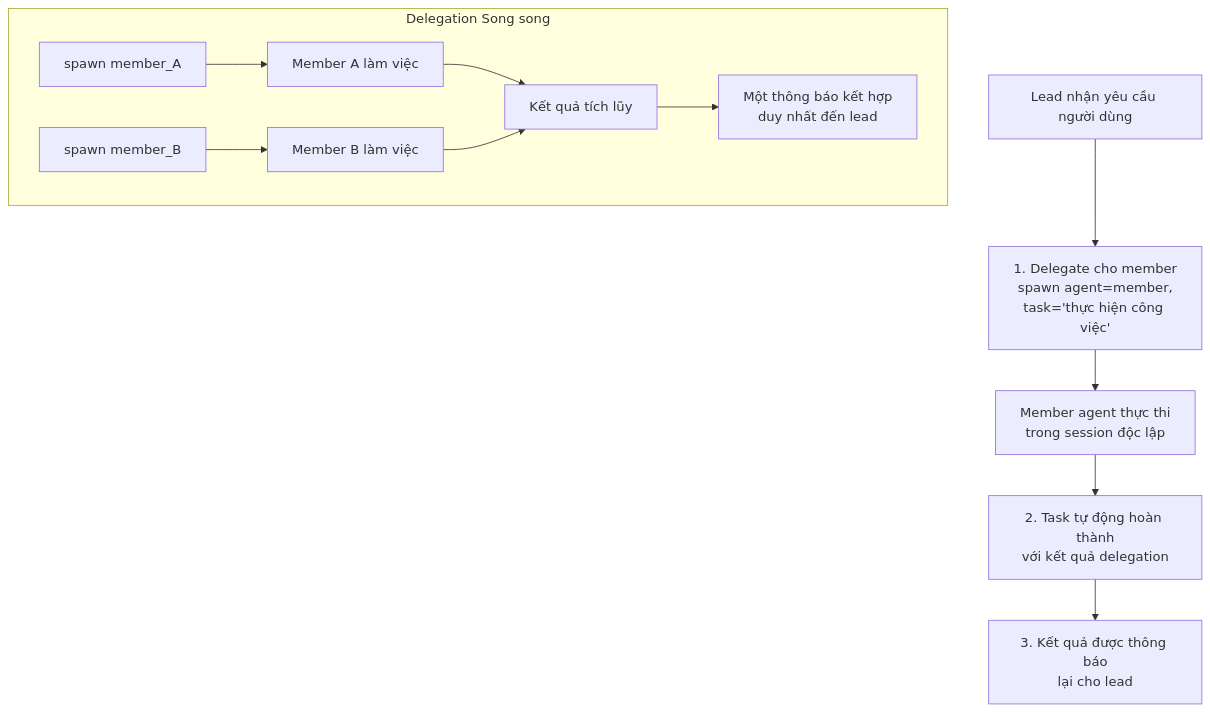
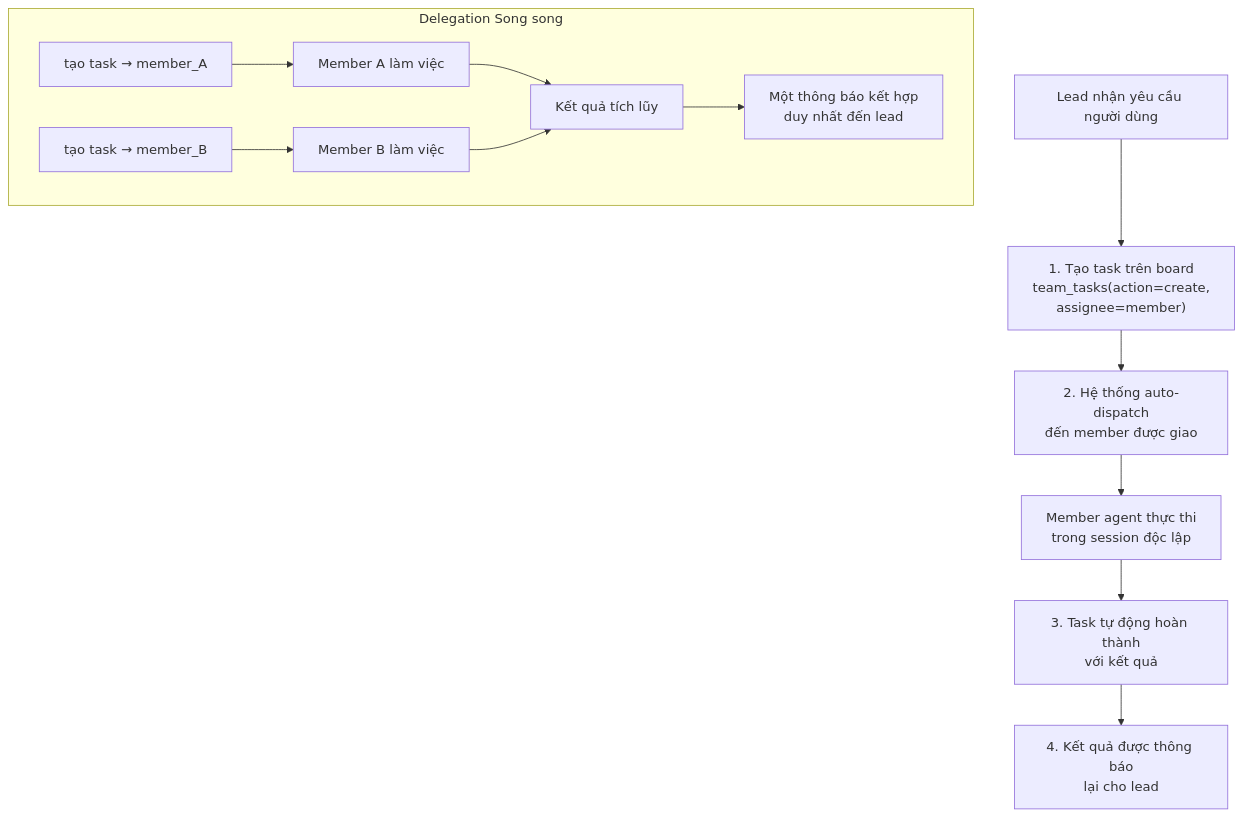
Before and after one commit to nextlevelbuilder/goclaw-docs: the diagram in vi/agent-teams/delegation-and-handoff.md, drawn with Mermaid. The commit also changed other lines of this file and 11 other files, not shown here.

````diff
--- a/vi/agent-teams/delegation-and-handoff.md
+++ b/vi/agent-teams/delegation-and-handoff.md
@@ -9,15 +11,16 @@
 ```mermaid
 flowchart TD
-    LEAD["Lead nhận yêu cầu người dùng"] --> DELEGATE["1. Delegate cho member<br/>spawn agent=member,<br/>task='thực hiện công việc'"]
-    DELEGATE --> MEMBER["Member agent thực thi<br/>trong session độc lập"]
-    MEMBER --> COMPLETE["2. Task tự động hoàn thành<br/>với kết quả delegation"]
-    COMPLETE --> ANNOUNCE["3. Kết quả được thông báo<br/>lại cho lead"]
+    LEAD["Lead nhận yêu cầu người dùng"] --> CREATE["1. Tạo task trên board<br/>team_tasks(action=create,<br/>assignee=member)"]
+    CREATE --> DISPATCH["2. Hệ thống auto-dispatch<br/>đến member được giao"]
+    DISPATCH --> MEMBER["Member agent thực thi<br/>trong session độc lập"]
+    MEMBER --> COMPLETE["3. Task tự động hoàn thành<br/>với kết quả"]
+    COMPLETE --> ANNOUNCE["4. Kết quả được thông báo<br/>lại cho lead"]
 
     subgraph "Delegation Song song"
-        DELEGATE2["spawn member_A"] --> RUNA["Member A làm việc"]
-        DELEGATE3["spawn member_B"] --> RUNB["Member B làm việc"]
+        CREATE2["tạo task → member_A"] --> RUNA["Member A làm việc"]
+        CREATE3["tạo task → member_B"] --> RUNB["Member B làm việc"]
         RUNA --> COLLECT["Kết quả tích lũy"]
         RUNB --> COLLECT
         COLLECT --> ANNOUNCE2["Một thông báo kết hợp<br/>duy nhất đến lead"]
     end
 ```
````
